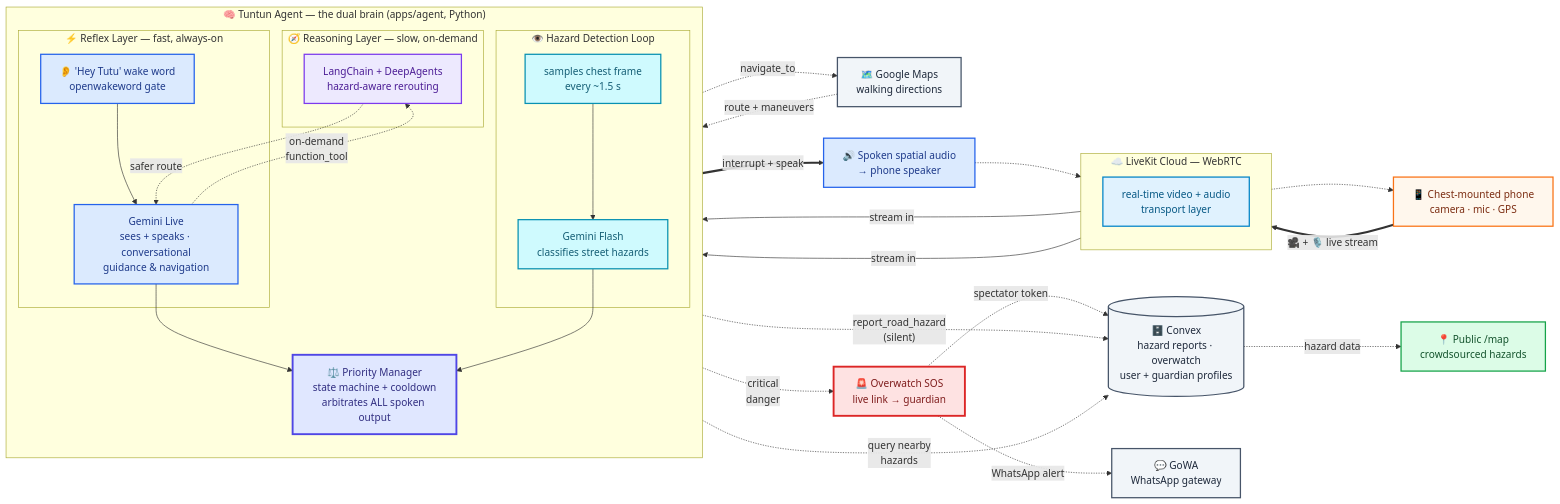
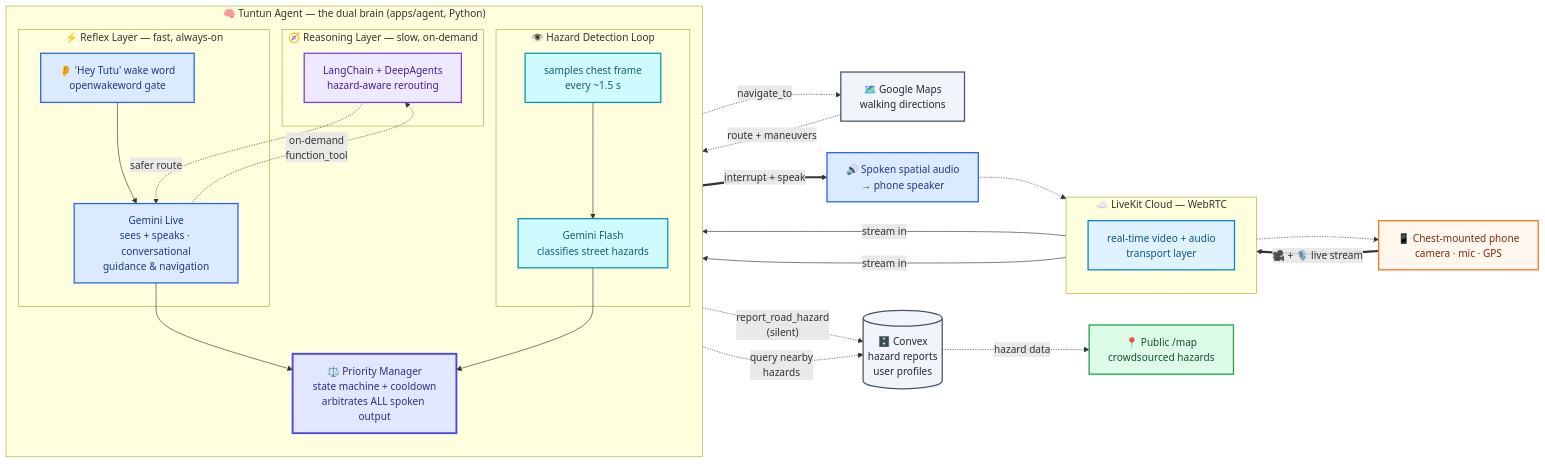
The diagram in README.md (HeraldoArman/tuntun-in), drawn with Mermaid before and after one commit. The commit also changed other lines of this file, not shown here.

First line of the commit message:
docs(readme): remove Overwatch Mode and its diagram

````diff
--- a/README.md
+++ b/README.md
@@ -46,79 +38,73 @@
 ```mermaid
 flowchart LR
     %% ───────── INPUT ─────────
     Phone["📱 Chest-mounted phone<br/>camera · mic · GPS"]:::phone
 
     %% ───────── TRANSPORT ─────────
     subgraph LK["☁️ LiveKit Cloud — WebRTC"]
         direction TB
         RTC["real-time video + audio<br/>transport layer"]:::transport
     end
 
     Phone ==>|"🎥 + 🎙️ live stream"| RTC
 
     %% ───────── THE BRAIN ─────────
     subgraph Agent["🧠 Tuntun Agent — the dual brain (apps/agent, Python)"]
         direction TB
 
         subgraph Reflex["⚡ Reflex Layer — fast, always-on"]
             Wake["👂 'Hey Tutu' wake word<br/>openwakeword gate"]:::reflex
             Gemini["Gemini Live<br/>sees + speaks · conversational<br/>guidance & navigation"]:::reflex
             Wake --> Gemini
         end
 
         subgraph Eyes["👁️ Hazard Detection Loop"]
             Frame["samples chest frame<br/>every ~1.5 s"]:::eyes
             Classify["Gemini Flash<br/>classifies street hazards"]:::eyes
             Frame --> Classify
         end
 
         Priority["⚖️ Priority Manager<br/>state machine + cooldown<br/>arbitrates ALL spoken output"]:::priority
 
         subgraph Think["🧭 Reasoning Layer — slow, on-demand"]
             Deep["LangChain + DeepAgents<br/>hazard-aware rerouting"]:::think
         end
 
         Gemini --> Priority
         Classify --> Priority
         Gemini -.->|"on-demand<br/>function_tool"| Deep
         Deep -.->|"safer route"| Gemini
     end
 
     RTC -->|"stream in"| Reflex
     RTC -->|"stream in"| Eyes
 
     %% ───────── EXTERNAL SERVICES ─────────
     GMaps["🗺️ Google Maps<br/>walking directions"]:::svc
-    Convex[("🗄️ Convex<br/>hazard reports · overwatch<br/>user + guardian profiles")]:::svc
-    GoWA["💬 GoWA<br/>WhatsApp gateway"]:::svc
+    Convex[("🗄️ Convex<br/>hazard reports<br/>user profiles")]:::svc
 
     %% ───────── OUTPUTS ─────────
     Audio["🔊 Spoken spatial audio<br/>→ phone speaker"]:::audio
     Map["📍 Public /map<br/>crowdsourced hazards"]:::mapOut
-    SOS["🚨 Overwatch SOS<br/>live link → guardian"]:::sosOut
 
     Priority ==>|"interrupt + speak"| Audio
     Audio -.-> RTC
     RTC -.-> Phone
 
     Gemini -.->|"report_road_hazard<br/>(silent)"| Convex
     Deep -.->|"query nearby<br/>hazards"| Convex
     Gemini -.->|"navigate_to"| GMaps
     GMaps -.->|"route + maneuvers"| Gemini
-    Priority -.->|"critical<br/>danger"| SOS
-    SOS -.->|"spectator token"| Convex
-    SOS -.->|"WhatsApp alert"| GoWA
     Convex -.->|"hazard data"| Map
 
-    %% ───────── STYLES (blue-dominant palette, warm accents for SOS) ─────────
+    %% ───────── STYLES (blue-dominant palette) ─────────
     classDef phone fill:#fff7ed,stroke:#f97316,stroke-width:2px,color:#7c2d12;
     classDef transport fill:#e0f2fe,stroke:#0284c7,stroke-width:2px,color:#075985;
     classDef reflex fill:#dbeafe,stroke:#2563eb,stroke-width:2px,color:#1e3a8a;
     classDef eyes fill:#cffafe,stroke:#0891b2,stroke-width:2px,color:#155e75;
     classDef priority fill:#e0e7ff,stroke:#4f46e5,stroke-width:3px,color:#312e81;
     classDef think fill:#ede9fe,stroke:#7c3aed,stroke-width:2px,color:#4c1d95;
     classDef svc fill:#f1f5f9,stroke:#475569,stroke-width:2px,color:#1e293b;
     classDef audio fill:#dbeafe,stroke:#2563eb,stroke-width:2px,color:#1e3a8a;
     classDef mapOut fill:#dcfce7,stroke:#16a34a,stroke-width:2px,color:#14532d;
-    classDef sosOut fill:#fee2e2,stroke:#dc2626,stroke-width:3px,color:#7f1d1d;
 ```
````
